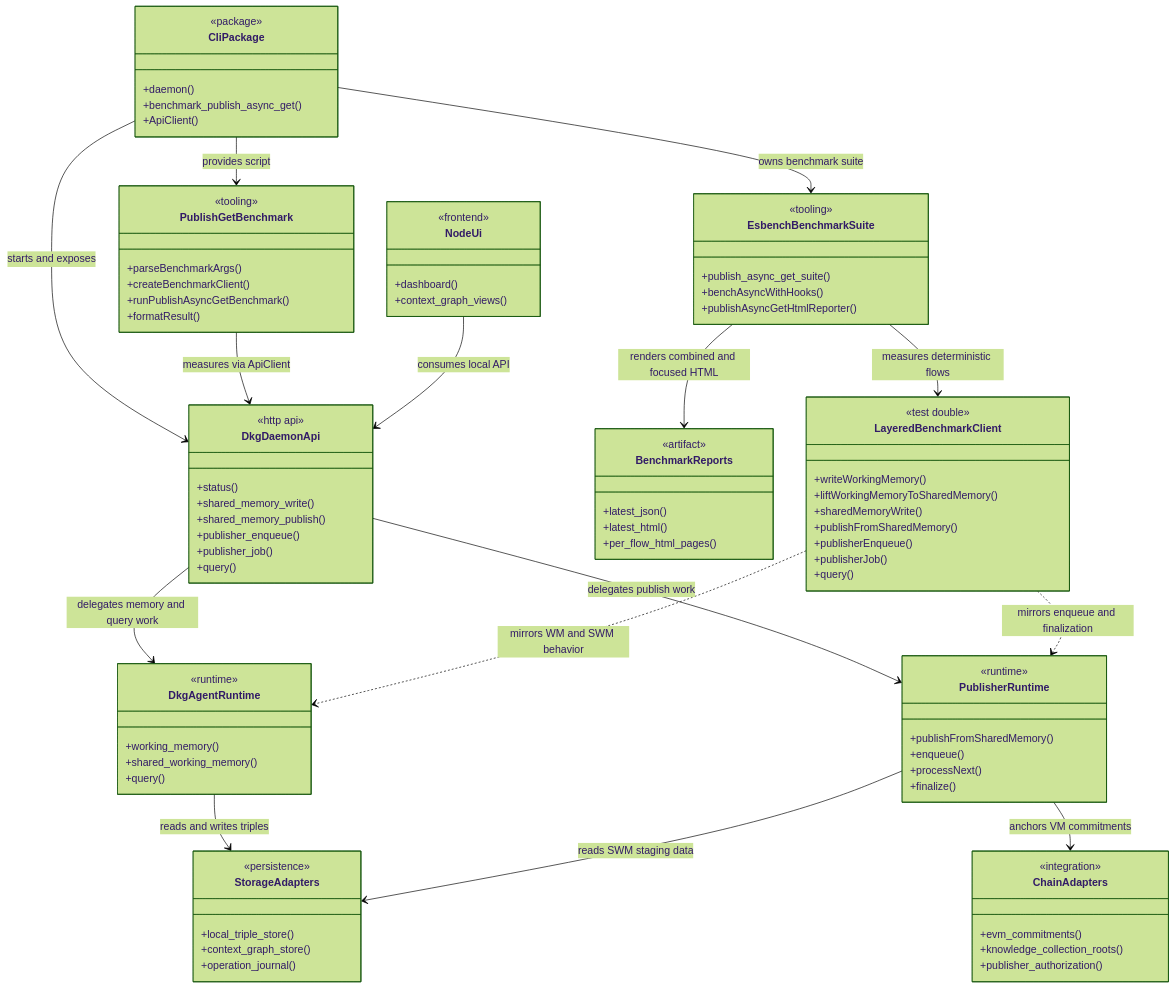
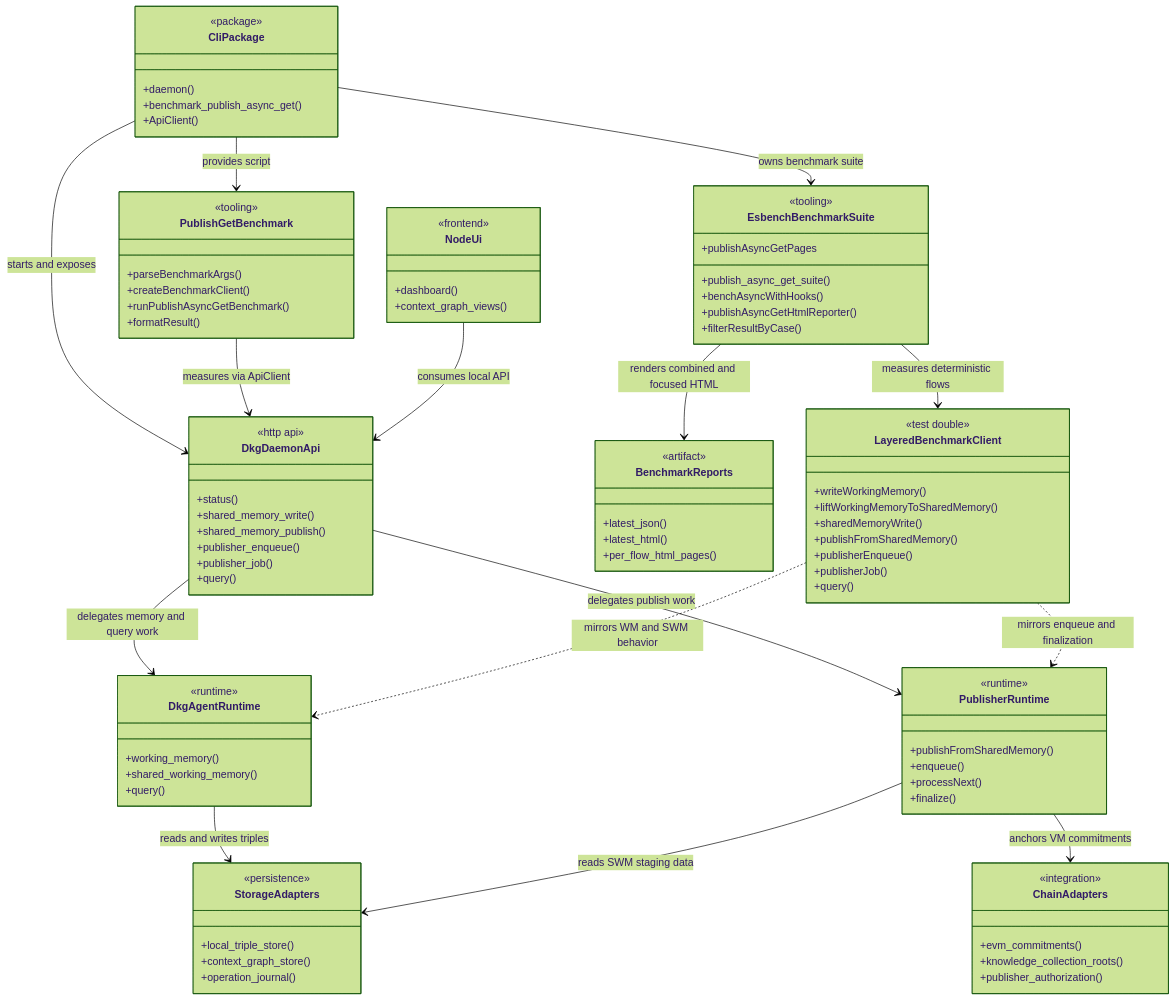
Before and after one commit to KilianTrunk/dkg: the first of 4 diagrams in ARCHITECTURE.md, drawn with Mermaid (forest theme). The commit also changed other lines of this file and 2 other files, not shown here.

```diff
--- a/ARCHITECTURE.md
+++ b/ARCHITECTURE.md
@@ -39,6 +39,8 @@
     +publish_async_get_suite()
     +benchAsyncWithHooks()
     +publishAsyncGetHtmlReporter()
+    +publishAsyncGetPages
+    +filterResultByCase()
   }
 
   class LayeredBenchmarkClient {
```
